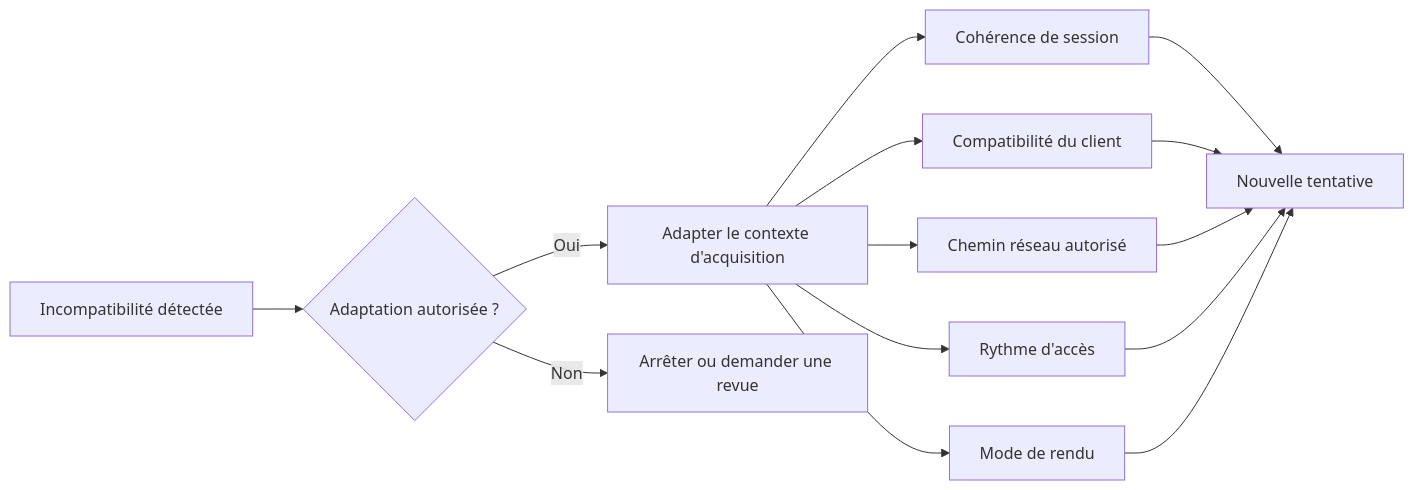
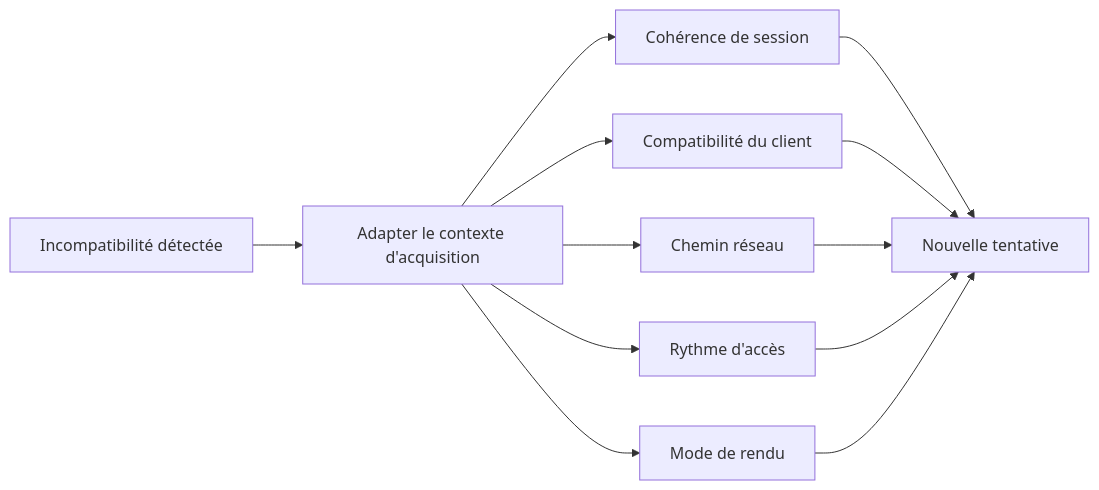
Before and after one commit to adrien-vo-semifir/na-web-scraping: the sixth of 6 diagrams in docs/03-session-reseau.md, drawn with Mermaid. The commit also changed other lines of this file and 9 other files, not shown here.

````diff
--- a/docs/03-session-reseau.md
+++ b/docs/03-session-reseau.md
@@ -174,16 +174,14 @@
 ```mermaid
 flowchart LR
-    SIGNAL[Incompatibilité détectée] --> POLICY{Adaptation autorisée ?}
-    POLICY -- Oui --> CONTEXT[Adapter le contexte d'acquisition]
-    POLICY -- Non --> STOP[Arrêter ou demander une revue]
+    SIGNAL[Incompatibilité détectée] --> CONTEXT[Adapter le contexte d'acquisition]
     CONTEXT --> SESSION[Cohérence de session]
     CONTEXT --> CLIENT[Compatibilité du client]
-    CONTEXT --> NETWORK[Chemin réseau autorisé]
+    CONTEXT --> NETWORK[Chemin réseau]
     CONTEXT --> RATE[Rythme d'accès]
     CONTEXT --> RENDER[Mode de rendu]
     SESSION --> RETRY[Nouvelle tentative]
     CLIENT --> RETRY
     NETWORK --> RETRY
     RATE --> RETRY
     RENDER --> RETRY
 ```
````
